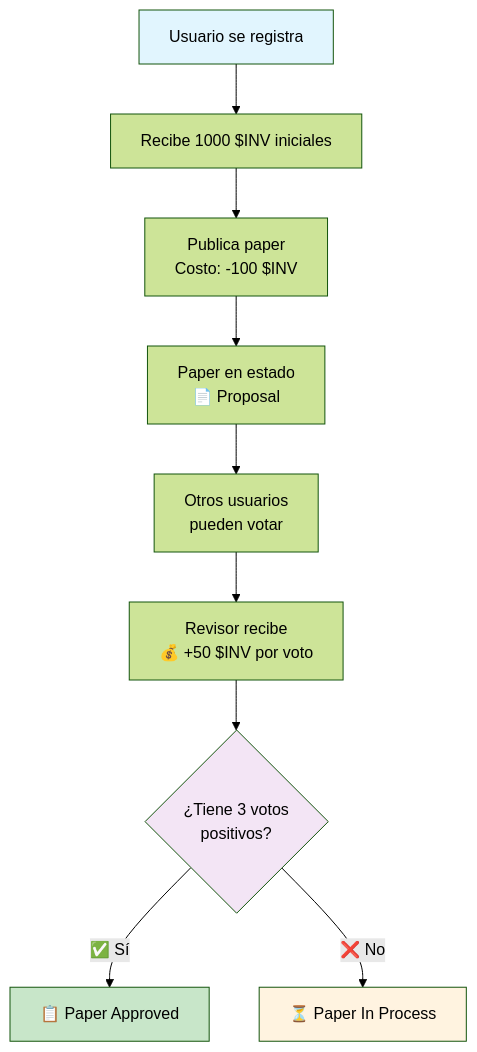
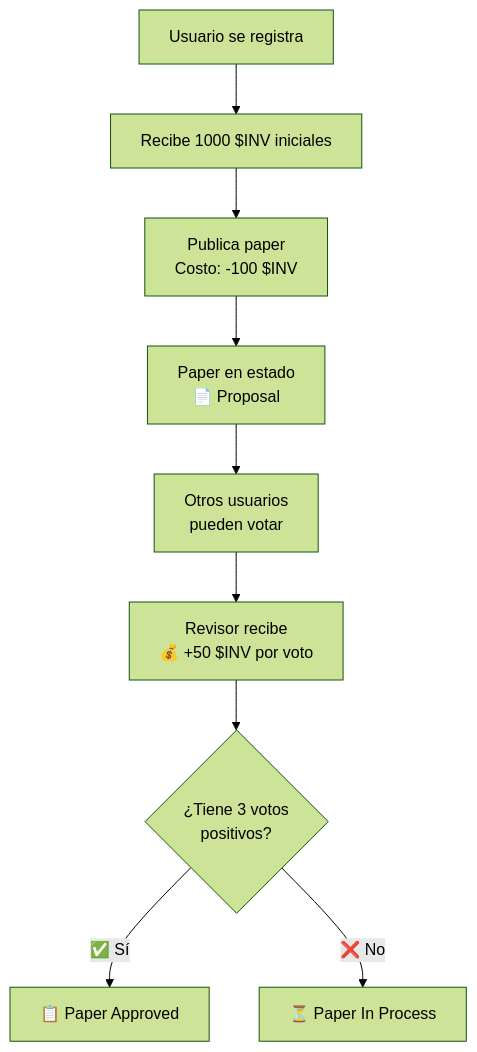
One commit to nicolasegimenez/milo_journal changed the diagram in README.md. Above: the diagram before and after it, drawn with Mermaid (forest theme).

````diff
--- a/README.md
+++ b/README.md
@@ -90,16 +90,12 @@
 ```mermaid
 graph TD
     A[Usuario se registra] --> B[Recibe 1000 $INV iniciales]
     B --> C[Publica paper<br/>Costo: -100 $INV]
     C --> D[Paper en estado<br/>📄 Proposal]
     D --> E[Otros usuarios<br/>pueden votar]
     E --> F[Revisor recibe<br/>💰 +50 $INV por voto]
     F --> G{¿Tiene 3 votos<br/>positivos?}
     G -->|✅ Sí| H[📋 Paper Approved]
     G -->|❌ No| I[⏳ Paper In Process]
     
-    style A fill:#e1f5fe
-    style H fill:#c8e6c9
-    style I fill:#fff3e0
-    style G fill:#f3e5f5
 ```
````
